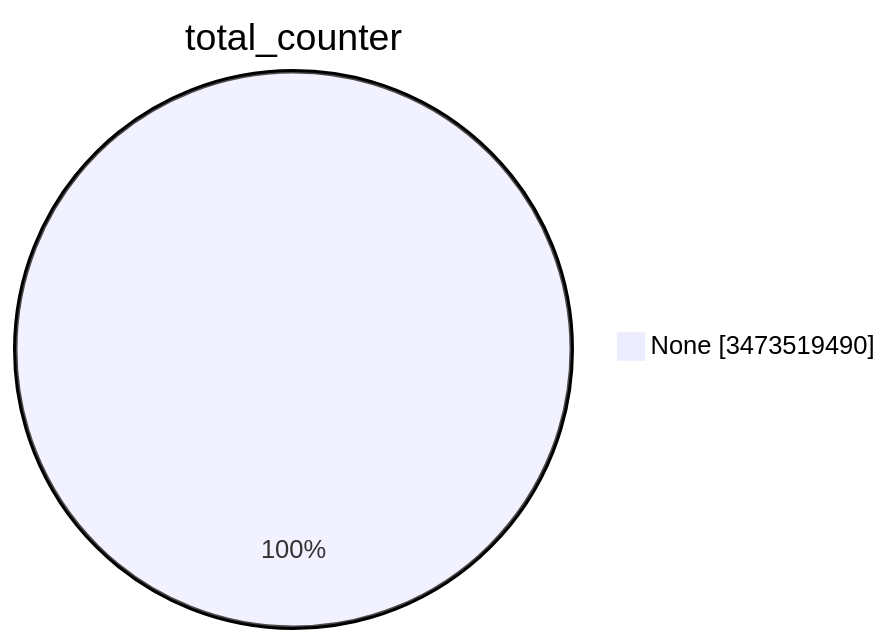
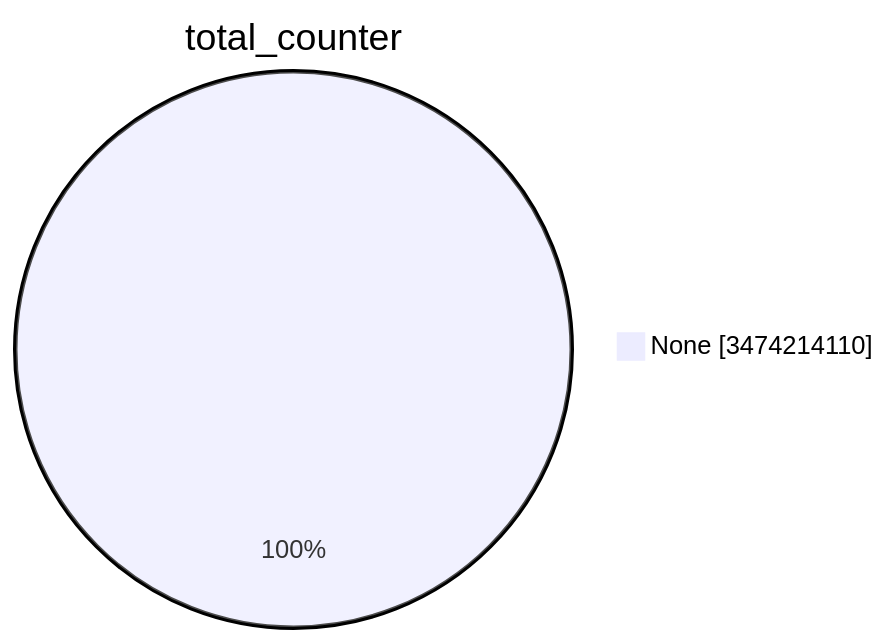
Before and after one commit to christiankrug/ctmonitor_visualization: the first of 15 diagrams in TOTAL/README.md, drawn with Mermaid. The commit also changed other lines of this file, not shown here.

````diff
--- a/TOTAL/README.md
+++ b/TOTAL/README.md
@@ -1,5 +1,5 @@
 ```mermaid
 pie showData
 title total_counter
-"None" :3473519490
+"None" :3474214110
 ```
````
